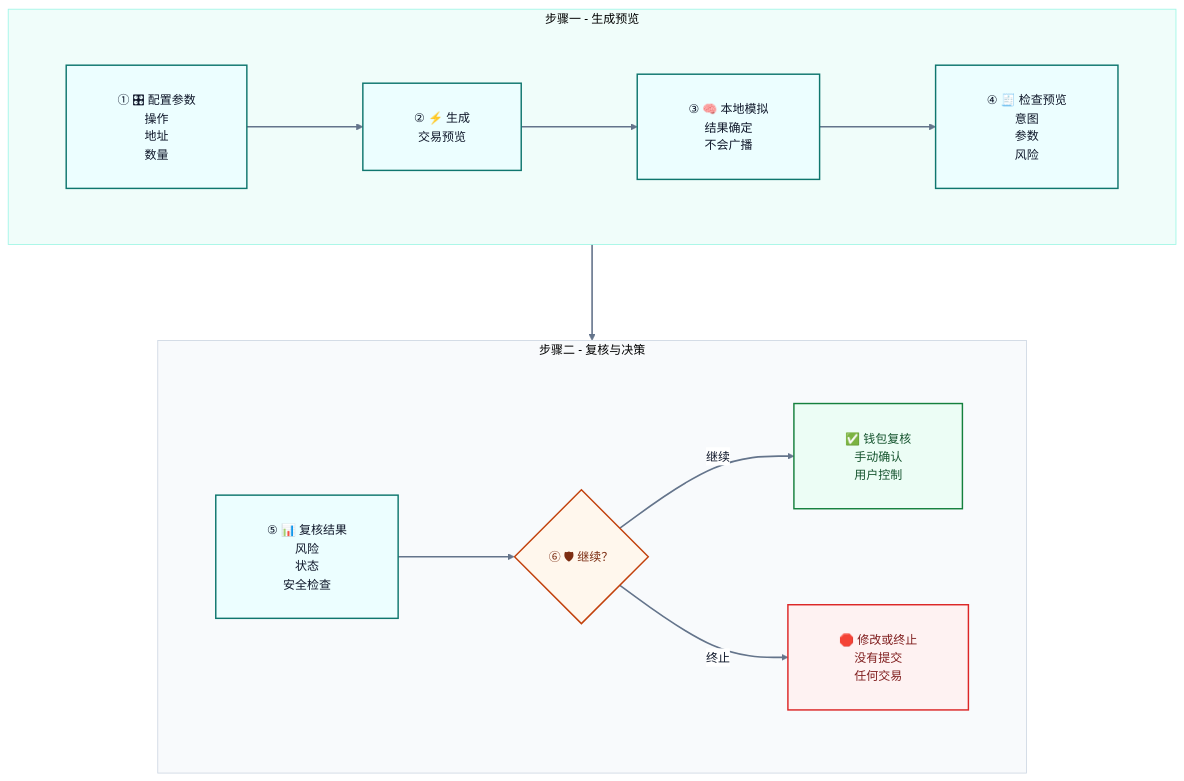
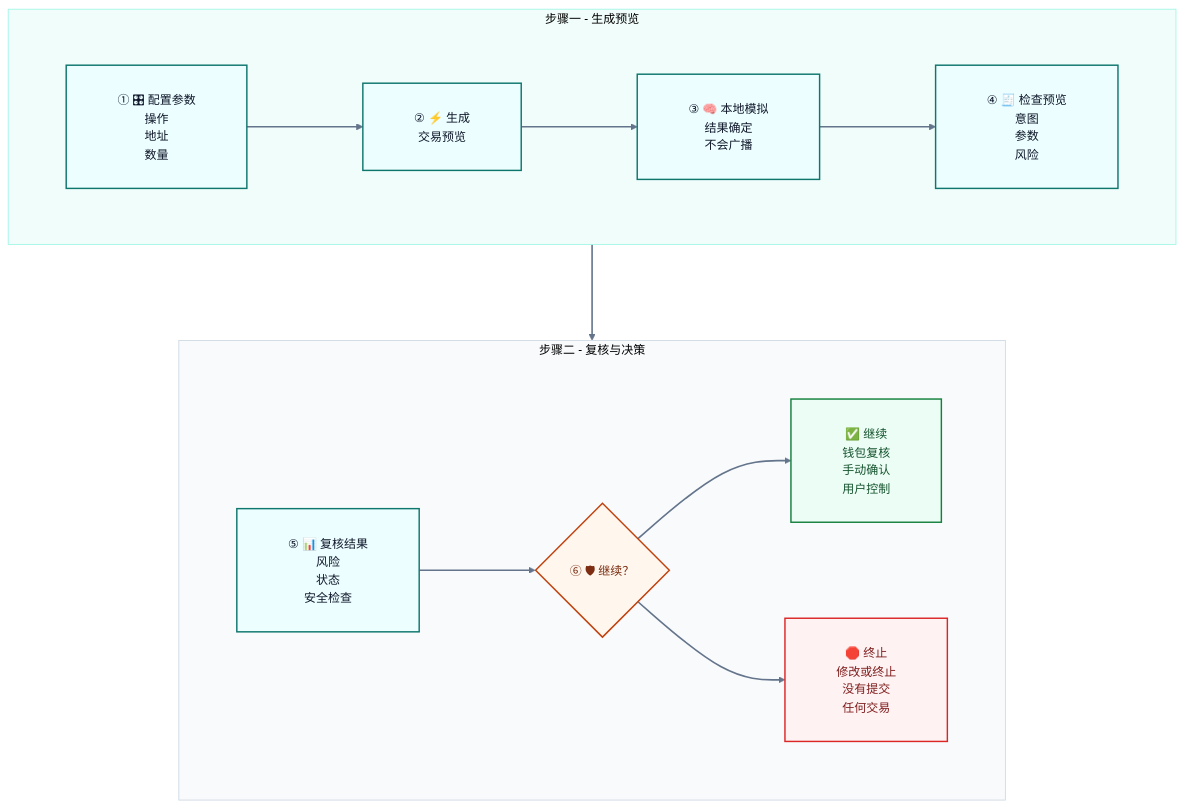
One commit to sunshineluyao/Moss-Mcp-Transaction changed the fifth of 8 diagrams in README.md. Above: the diagram before and after it, drawn with Mermaid. The commit also changed other lines of this file and 1 other file, not shown here.

Commit message:
docs: harden Mermaid labels for GitHub rendering

````diff
--- a/README.md
+++ b/README.md
@@ -546,32 +546,32 @@
 ```mermaid
 %%{init: {'theme':'base','flowchart': {'htmlLabels': true, 'nodeSpacing': 120, 'rankSpacing': 120, 'curve': 'basis', 'padding': 32, 'diagramPadding': 24, 'wrappingWidth': 260},'themeVariables': {'fontFamily':'Inter, Segoe UI, sans-serif','fontSize':'15px','primaryTextColor':'#0f172a','lineColor':'#64748b','clusterBkg':'#f8fafc','clusterBorder':'#cbd5e1','edgeLabelBackground':'#ffffff','primaryBorderColor':'#2563eb','primaryColor':'#eff6ff'}}}%%
 flowchart TB
   subgraph R1[步骤一 - 生成预览]
     direction LR
     A["① 🎛 配置参数<br/>操作<br/>地址<br/>数量"] --> B["② ⚡ 生成<br/>交易预览"]
     B --> C["③ 🧠 本地模拟<br/>结果确定<br/>不会广播"]
     C --> D["④ 🧾 检查预览<br/>意图<br/>参数<br/>风险"]
   end
 
   subgraph R2[步骤二 - 复核与决策]
     direction LR
     E["⑤ 📊 复核结果<br/>风险<br/>状态<br/>安全检查"] --> F{"⑥ 🛡 继续？"}
-    F -->|继续| G["✅ 钱包复核<br/>手动确认<br/>用户控制"]
-    F -->|终止| H["🛑 修改或终止<br/>没有提交<br/>任何交易"]
+    F --> G["✅ 继续<br/>钱包复核<br/>手动确认<br/>用户控制"]
+    F --> H["🛑 终止<br/>修改或终止<br/>没有提交<br/>任何交易"]
   end
 
   D --> E
 
   classDef main fill:#ecfeff,stroke:#0f766e,stroke-width:1.8px,color:#0f172a;
   classDef decision fill:#fff7ed,stroke:#c2410c,stroke-width:1.8px,color:#7c2d12;
   classDef success fill:#ecfdf5,stroke:#15803d,stroke-width:1.8px,color:#14532d;
   classDef stop fill:#fef2f2,stroke:#dc2626,stroke-width:1.8px,color:#7f1d1d;
 
   class A,B,C,D,E main;
   class F decision;
   class G success;
   class H stop;
   style R1 fill:#f0fdfa,stroke:#99f6e4,stroke-width:1px
   style R2 fill:#f8fafc,stroke:#cbd5e1,stroke-width:1px
   linkStyle default stroke:#64748b,stroke-width:2px;
 ```
````
